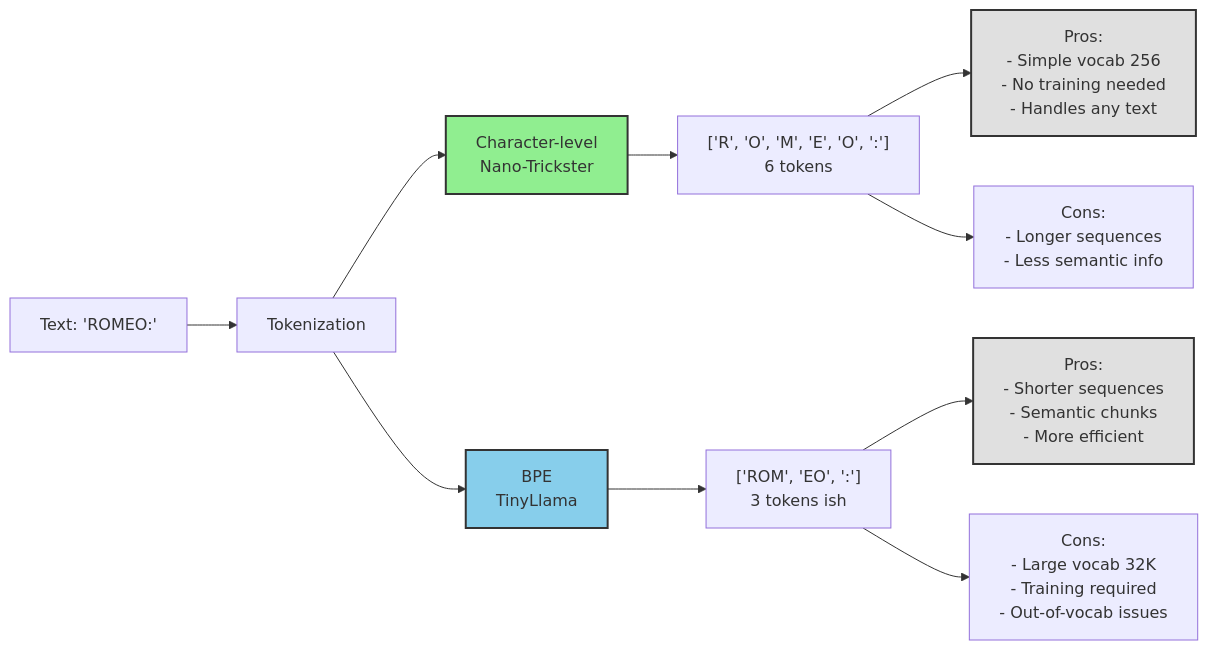
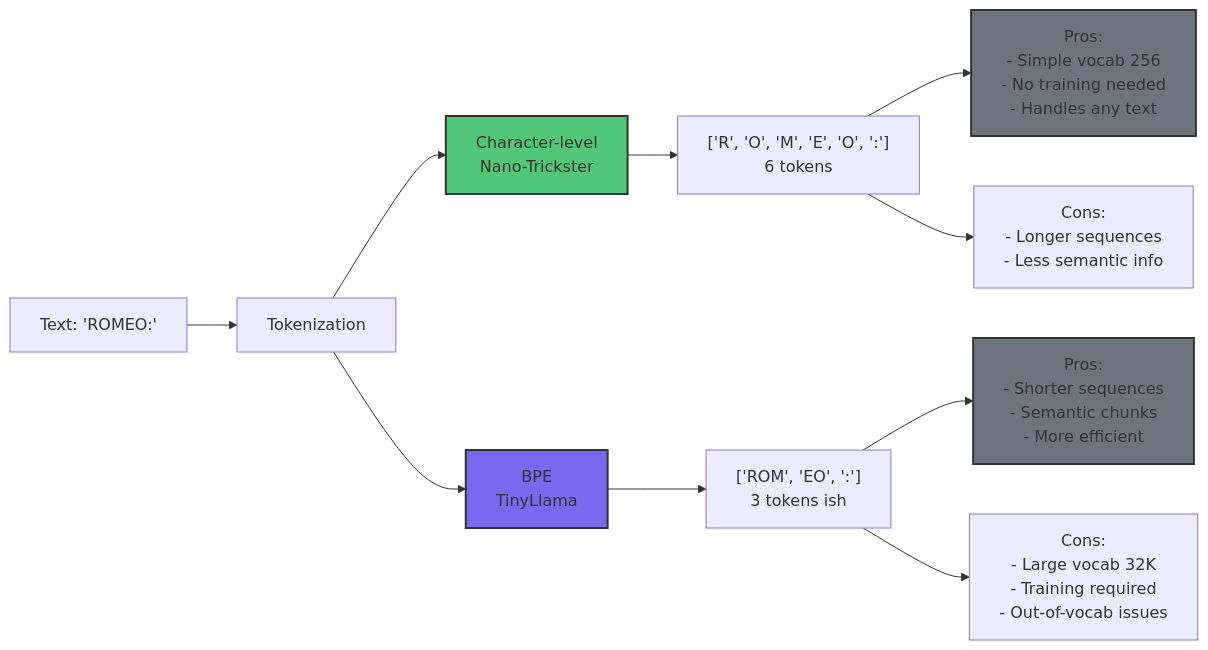
The third of 10 diagrams in content/lessons/ct8-training-from-scratch.md (tenstorrent/tt-vscode-toolkit), drawn with Mermaid before and after one commit. The commit also changed other lines of this file and 9 other files, not shown here.

````diff
--- a/content/lessons/ct8-training-from-scratch.md
+++ b/content/lessons/ct8-training-from-scratch.md
@@ -174,21 +174,21 @@
 ```mermaid
 graph LR
     A["Text: 'ROMEO:'"] --> B[Tokenization]
 
     B --> C[Character-level<br/>Nano-Trickster]
     C --> D["['R', 'O', 'M', 'E', 'O', ':']<br/>6 tokens"]
 
     B --> E[BPE<br/>TinyLlama]
     E --> F["['ROM', 'EO', ':']<br/>3 tokens ish"]
 
     D --> G[Pros:<br/>- Simple vocab 256<br/>- No training needed<br/>- Handles any text]
     D --> H[Cons:<br/>- Longer sequences<br/>- Less semantic info]
 
     F --> I[Pros:<br/>- Shorter sequences<br/>- Semantic chunks<br/>- More efficient]
     F --> J[Cons:<br/>- Large vocab 32K<br/>- Training required<br/>- Out-of-vocab issues]
 
-    style C fill:#90EE90,stroke:#333,stroke-width:2px
-    style E fill:#87CEEB,stroke:#333,stroke-width:2px
-    style G fill:#E0E0E0,stroke:#333,stroke-width:2px
-    style I fill:#E0E0E0,stroke:#333,stroke-width:2px
+    style C fill:#50C878,stroke:#333,stroke-width:2px
+    style E fill:#7B68EE,stroke:#333,stroke-width:2px
+    style G fill:#6C757D,stroke:#333,stroke-width:2px
+    style I fill:#6C757D,stroke:#333,stroke-width:2px
 ```
````
